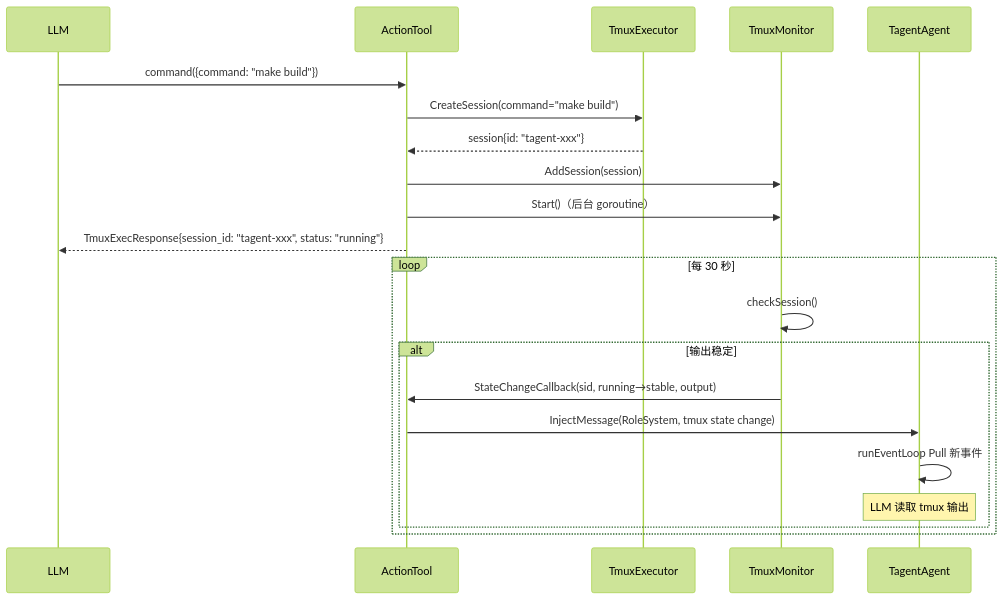
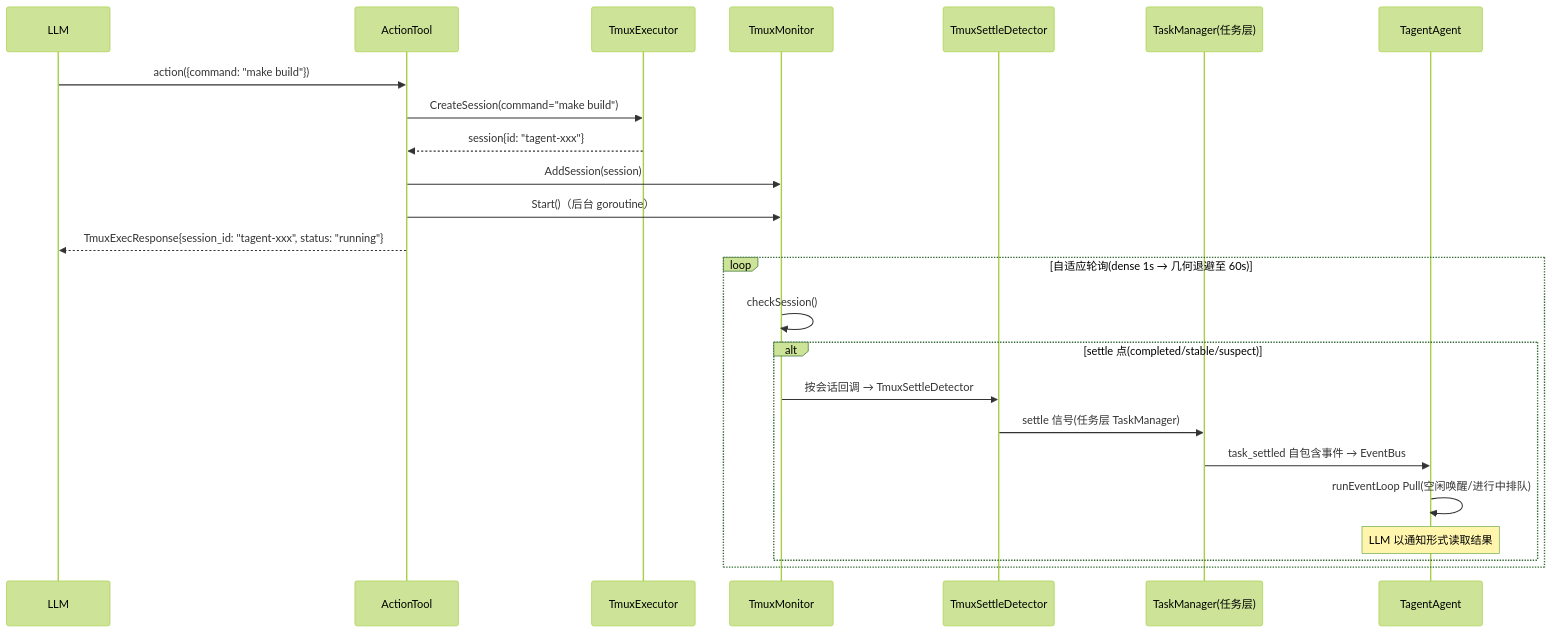
Before and after one commit to SpellingDragon/tagent: the fifth of 6 diagrams in docs/wiki/tool/tool-architecture.md, drawn with Mermaid (forest theme). The commit also changed other lines of this file and 5 other files, not shown here.

````diff
--- a/docs/wiki/tool/tool-architecture.md
+++ b/docs/wiki/tool/tool-architecture.md
@@ -989,25 +808,28 @@
 ```mermaid
 sequenceDiagram
     participant LLM as LLM
     participant CT as ActionTool
     participant TE as TmuxExecutor
     participant TM as TmuxMonitor
+    participant SD as TmuxSettleDetector
+    participant TL as TaskManager(任务层)
     participant TA as TagentAgent
 
-    LLM->>CT: command({command: "make build"})
+    LLM->>CT: action({command: "make build"})
     CT->>TE: CreateSession(command="make build")
     TE-->>CT: session{id: "tagent-xxx"}
     CT->>TM: AddSession(session)
     CT->>TM: Start()（后台 goroutine）
     CT-->>LLM: TmuxExecResponse{session_id: "tagent-xxx", status: "running"}
 
-    loop 每 30 秒
+    loop 自适应轮询(dense 1s → 几何退避至 60s)
         TM->>TM: checkSession()
-        alt 输出稳定
-            TM->>CT: StateChangeCallback(sid, running→stable, output)
-            CT->>TA: InjectMessage(RoleSystem, tmux state change)
-            TA->>TA: runEventLoop Pull 新事件
-            Note over TA: LLM 读取 tmux 输出
+        alt settle 点(completed/stable/suspect)
+            TM->>SD: 按会话回调 → TmuxSettleDetector
+            SD->>TL: settle 信号(任务层 TaskManager)
+            TL->>TA: task_settled 自包含事件 → EventBus
+            TA->>TA: runEventLoop Pull(空闲唤醒/进行中排队)
+            Note over TA: LLM 以通知形式读取结果
         end
     end
 ```
````
